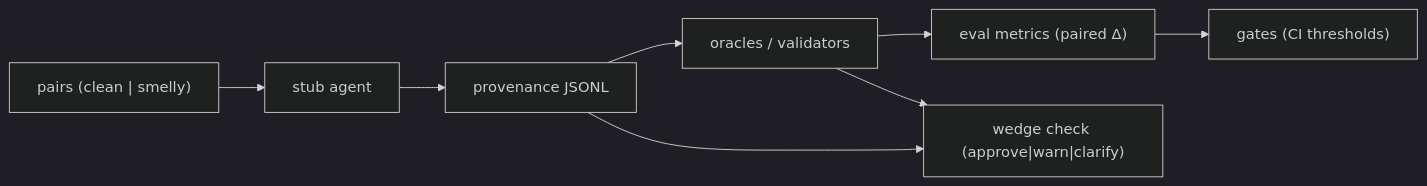
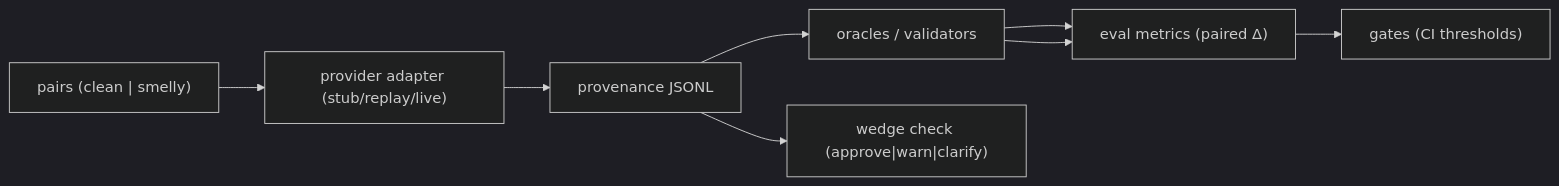
The diagram in README.md (danteacosta/agent-smell-degradation-harness), drawn with Mermaid (dark theme) before and after one commit. The commit also changed other lines of this file and 2 other files, not shown here.

Commit message:
docs: align agent-smell narrative with V4 contract

````diff
--- a/README.md
+++ b/README.md
@@ -28,14 +28,14 @@
 ```mermaid
 flowchart LR
   pairs["pairs (clean | smelly)"]
-  agent["stub agent"]
+  agent["provider adapter (stub/replay/live)"]
   prov["provenance JSONL"]
   oracle["oracles / validators"]
   eval["eval metrics (paired Δ)"]
   gate["gates (CI thresholds)"]
   wedge["wedge check (approve|warn|clarify)"]
 
   pairs --> agent --> prov --> oracle --> eval --> gate
   prov --> wedge
-  oracle --> wedge
+  oracle --> eval
 ```
````
